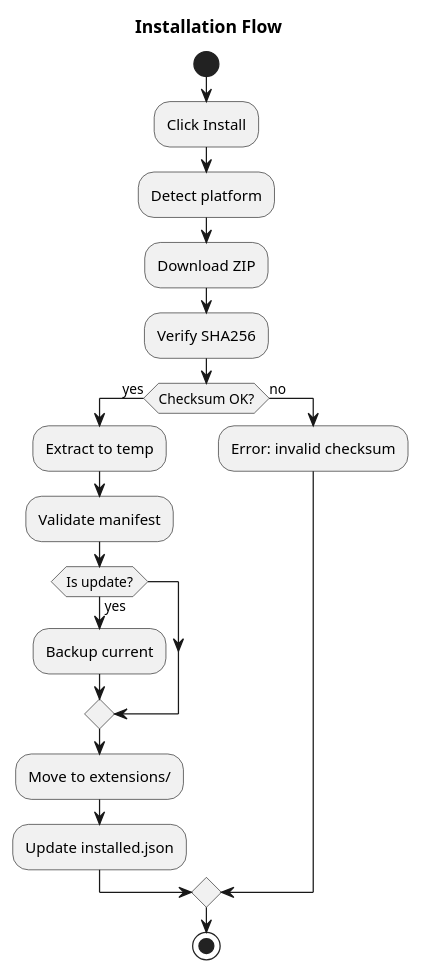
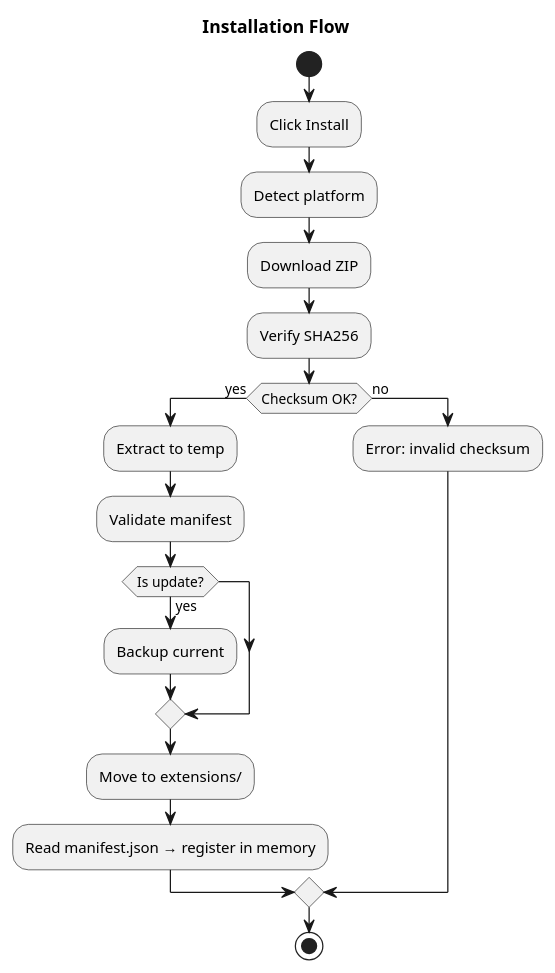
The second of 4 diagrams in pj_marketplace/documentation/ARCHITECTURE.md (PlotJuggler/plotjuggler_core), drawn with PlantUML before and after one commit. The commit also changed other lines of this file and 1 other file, not shown here.

First line of the commit message:
docs(marketplace): sync REQUIREMENTS and ARCHITECTURE with current implementation

````diff
--- a/pj_marketplace/documentation/ARCHITECTURE.md
+++ b/pj_marketplace/documentation/ARCHITECTURE.md
@@ -224,24 +224,24 @@
 ```plantuml
 @startuml
 skinparam backgroundColor white
 title Installation Flow
 
 start
 :Click Install;
 :Detect platform;
 :Download ZIP;
 :Verify SHA256;
 if (Checksum OK?) then (yes)
   :Extract to temp;
   :Validate manifest;
   if (Is update?) then (yes)
     :Backup current;
   endif
   :Move to extensions/;
-  :Update installed.json;
+  :Read manifest.json → register in memory;
 else (no)
   :Error: invalid checksum;
 endif
 stop
 @enduml
 ```
````
